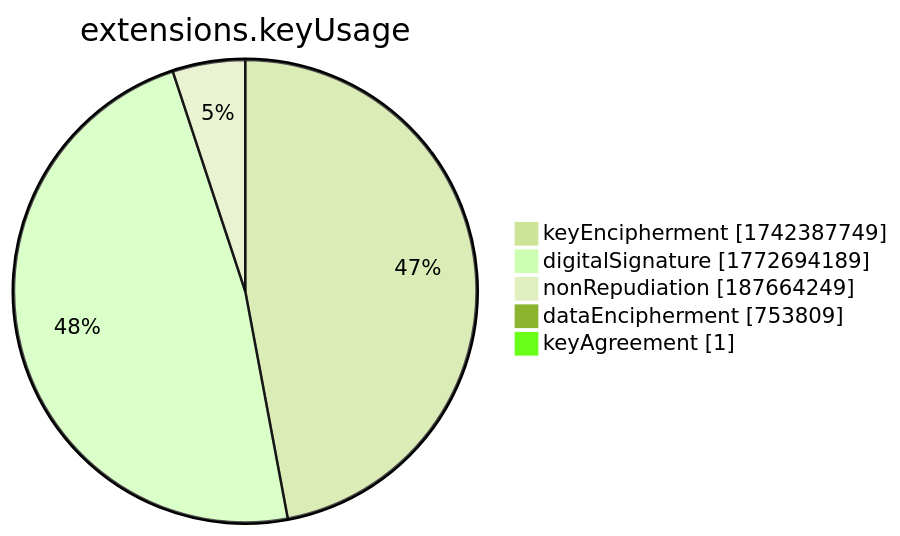
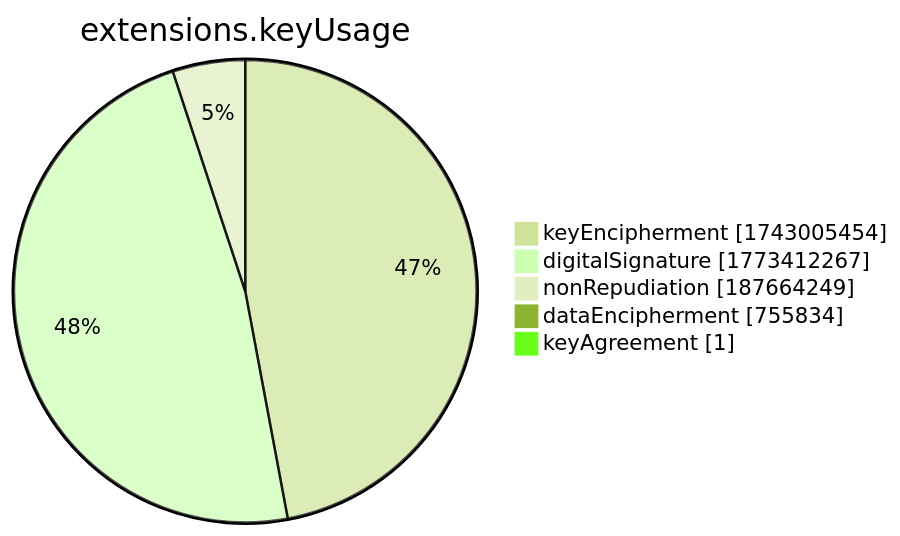
One commit to christiankrug/ctmonitor_visualization changed the seventh of 15 diagrams in xenon2022/README.md. Above: the diagram before and after it, drawn with Mermaid (forest theme). The commit also changed other lines of this file, not shown here.

````diff
--- a/xenon2022/README.md
+++ b/xenon2022/README.md
@@ -2859,9 +2859,9 @@
 ```mermaid
 pie showData
 title extensions.keyUsage
-"keyEncipherment" :1742387749
-"digitalSignature" :1772694189
+"keyEncipherment" :1743005454
+"digitalSignature" :1773412267
 "nonRepudiation" :187664249
-"dataEncipherment" :753809
+"dataEncipherment" :755834
 "keyAgreement" :1
 ```
````
